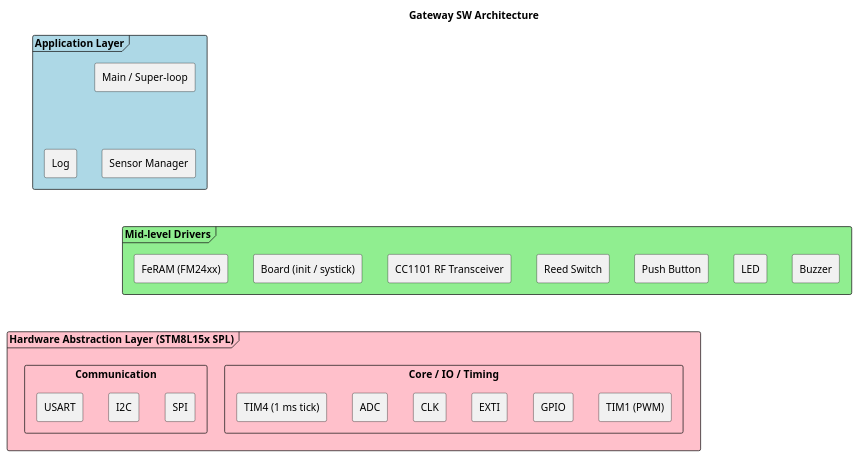
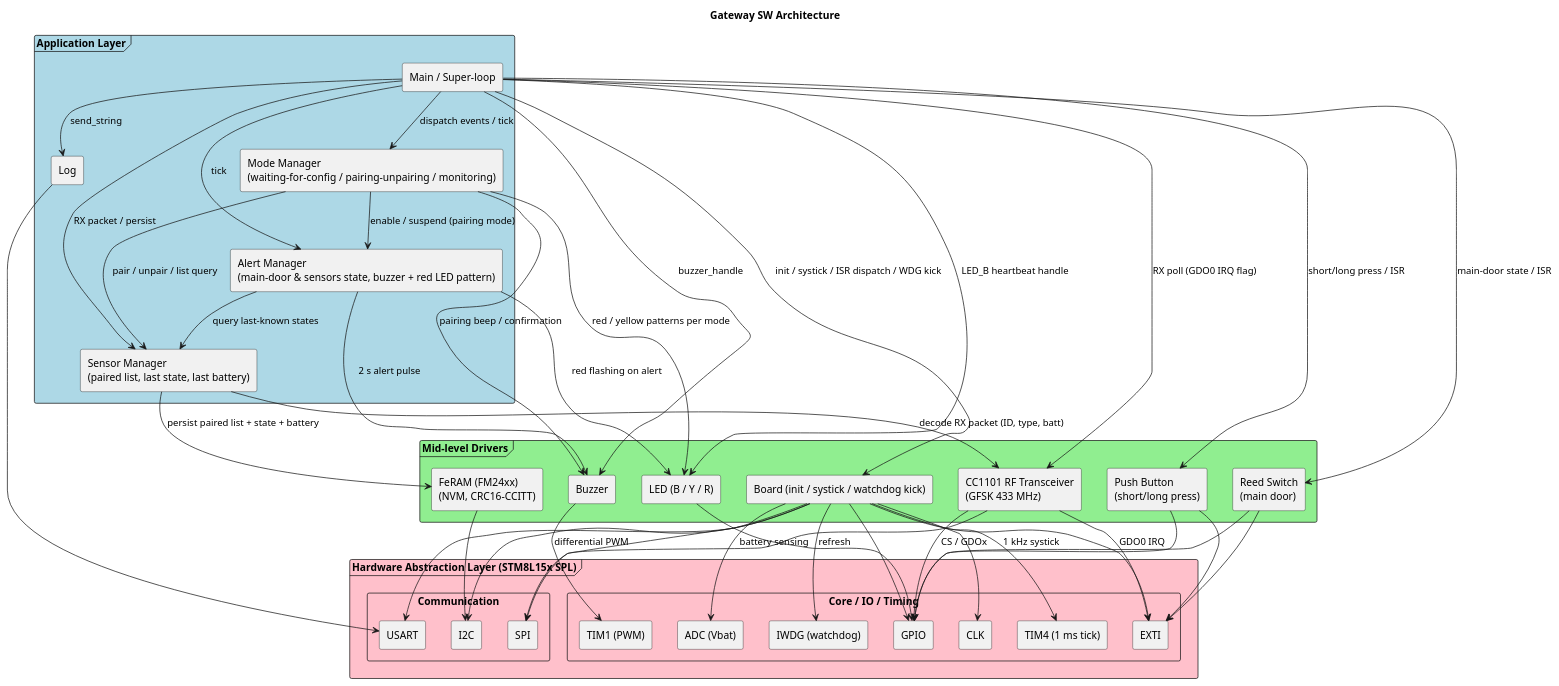
One commit to npeixoto64/ExitGuardian changed the diagram in docs/architecture/diagrams/gateway_sw_arch.puml. Above: the diagram before and after it, drawn with PlantUML.

Commit message:
EG-37 Re-shaped the sw architecture from Requirements.

```diff
--- a/docs/architecture/diagrams/gateway_sw_arch.puml
+++ b/docs/architecture/diagrams/gateway_sw_arch.puml
@@ -1,79 +1,97 @@
 @startuml
 skinparam componentStyle rectangle
 skinparam packageStyle frame
 
 ' Hide all connections (keep layout influence, hide visuals)
-skinparam arrow {
-    Color transparent
-    FontColor transparent
-}
+'skinparam arrow {
+'    Color transparent
+'    FontColor transparent
+'}
 
 title Gateway SW Architecture
 
 package "Application Layer" #LightBlue {
     [Main / Super-loop] as App
-    [Sensor Manager] as SensorMgr
+    [Mode Manager\n(waiting-for-config / pairing-unpairing / monitoring)] as ModeMgr
+    [Alert Manager\n(main-door & sensors state, buzzer + red LED pattern)] as AlertMgr
+    [Sensor Manager\n(paired list, last state, last battery)] as SensorMgr
     [Log] as Log
 }
 
 package "Mid-level Drivers" #LightGreen {
-    [Board (init / systick)] as Board
-    [CC1101 RF Transceiver] as CC1101
-    [FeRAM (FM24xx)] as FeRAM
-    [Reed Switch] as Reed
-    [Push Button] as Button
-    [LED] as Led
+    [Board (init / systick / watchdog kick)] as Board
+    [CC1101 RF Transceiver\n(GFSK 433 MHz)] as CC1101
+    [FeRAM (FM24xx)\n(NVM, CRC16-CCITT)] as FeRAM
+    [Reed Switch\n(main door)] as Reed
+    [Push Button\n(short/long press)] as Button
+    [LED (B / Y / R)] as Led
     [Buzzer] as Buzzer
 }
 
 package "Hardware Abstraction Layer (STM8L15x SPL)" #Pink {
     component "Communication" {
         [SPI] as SPI
         [I2C] as I2C
         [USART] as USART
     }
     component "Core / IO / Timing" {
         [CLK] as CLK
         [GPIO] as GPIO
         [EXTI] as EXTI
         [TIM1 (PWM)] as TIM1
         [TIM4 (1 ms tick)] as TIM4
-        [ADC] as ADC
+        [ADC (Vbat)] as ADC
+        [IWDG (watchdog)] as IWDG
     }
 }
 
-' Application -> Mid-level
-App --> Board     : init / systick / ISR dispatch
-App --> SensorMgr
-App --> CC1101    : RX poll (GDO0 IRQ flag)
-App --> Reed      : handle / ISR
-App --> Button    : handle / ISR
-App --> Led       : LED_B / LED_R / LED_Y handle
-App --> Buzzer    : buzzer_handle
+' Application internal
+App --> ModeMgr   : dispatch events / tick
+App --> AlertMgr  : tick
+App --> SensorMgr : RX packet / persist
 App --> Log       : send_string
 
-SensorMgr --> FeRAM : persist paired list (CRC16-CCITT)
+ModeMgr  --> AlertMgr   : enable / suspend (pairing mode)
+ModeMgr  --> SensorMgr  : pair / unpair / list query
+ModeMgr  --> Led        : red / yellow patterns per mode
+ModeMgr  --> Buzzer     : pairing beep / confirmation
+
+AlertMgr --> SensorMgr  : query last-known states
+AlertMgr --> Led        : red flashing on alert
+AlertMgr --> Buzzer     : 2 s alert pulse
+
+' Application -> Mid-level
+App --> Board     : init / systick / ISR dispatch / WDG kick
+App --> CC1101    : RX poll (GDO0 IRQ flag)
+App --> Reed      : main-door state / ISR
+App --> Button    : short/long press / ISR
+App --> Led       : LED_B heartbeat handle
+App --> Buzzer    : buzzer_handle
+
+SensorMgr --> FeRAM  : persist paired list + state + battery
+SensorMgr --> CC1101 : decode RX packet (ID, type, batt)
 
 ' Mid-level -> HAL
 Board  --> CLK
 Board  --> GPIO
 Board  --> EXTI
 Board  --> TIM4   : 1 kHz systick
 Board  --> ADC    : battery sensing
 Board  --> SPI
 Board  --> I2C
 Board  --> USART
+Board  --> IWDG   : refresh
 
 CC1101 --> SPI
 CC1101 --> GPIO   : CS / GDOx
 CC1101 --> EXTI   : GDO0 IRQ
 FeRAM  --> I2C
 Reed   --> GPIO
 Reed   --> EXTI
 Button --> GPIO
 Button --> EXTI
 Led    --> GPIO
 Buzzer --> TIM1   : differential PWM
 Log    --> USART
 
 @enduml
```
